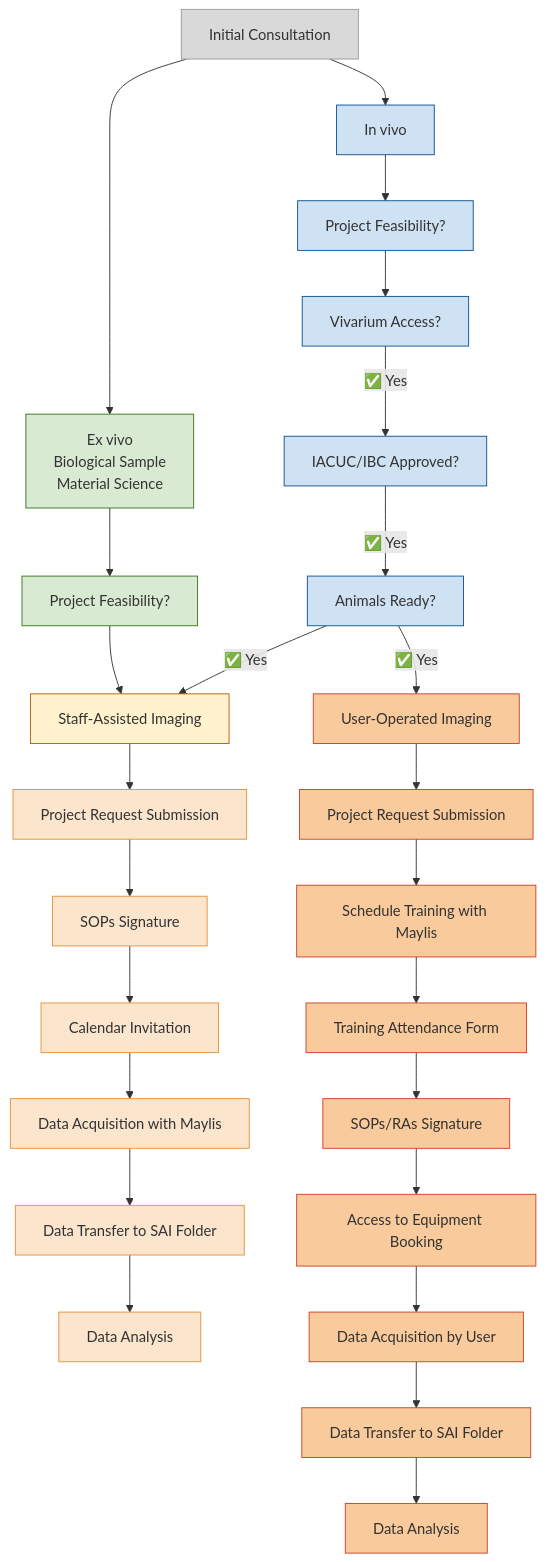
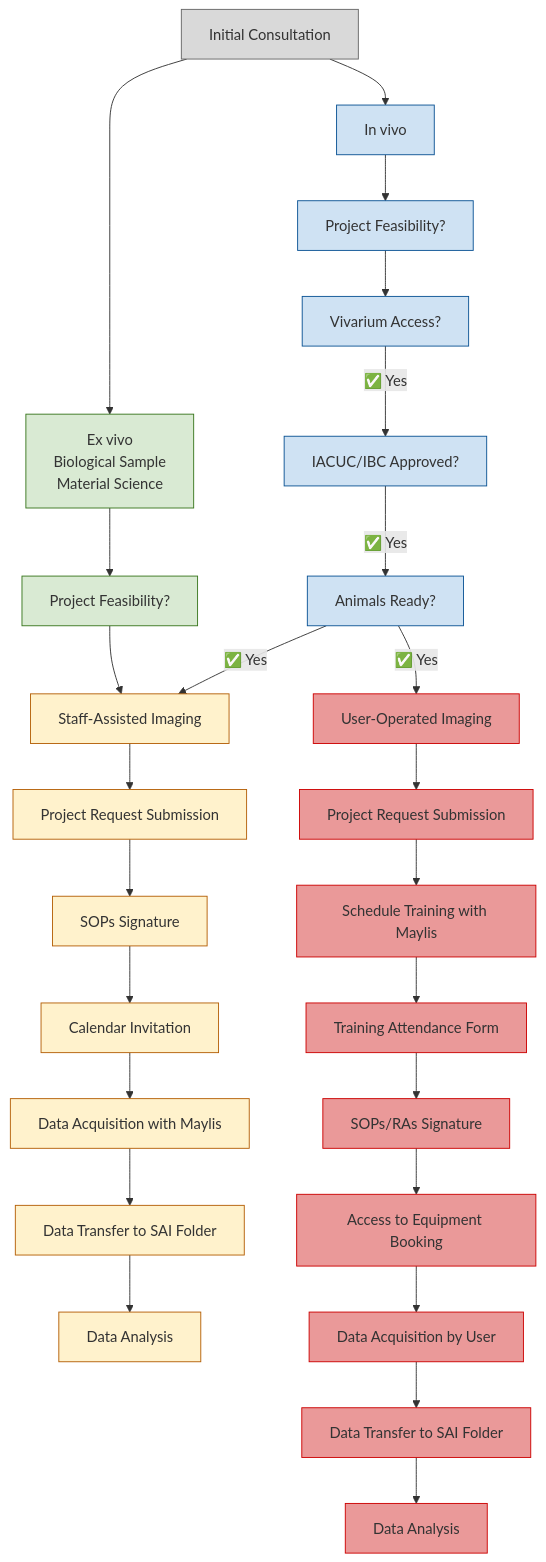
One commit to BioMedicalImaging-Core-NYUAD/smallanimalimaging-lab-documentation changed the diagram in docs/source/1-lab-overview/SAI_scheduling.rst. Above: the diagram before and after it, drawn with Mermaid.

```diff
--- a/docs/source/1-lab-overview/SAI_scheduling.rst
+++ b/docs/source/1-lab-overview/SAI_scheduling.rst
@@ -8,69 +8,68 @@
 .. mermaid::
 
     graph TD
 
     %% Styles
-    classDef header fill:#d9d9d9,stroke:#999999,stroke-width:1px;      %% grey for Initial Consultation
     classDef exvivo fill:#d9ead3,stroke:#38761d,stroke-width:1px;
     classDef invivo fill:#cfe2f3,stroke:#0b5394,stroke-width:1px;
-    classDef user fill:#f9cb9c,stroke:#cc4125,stroke-width:1px;
-    classDef staff fill:#fce5cd,stroke:#e69138,stroke-width:1px;
-    classDef imaging fill:#fff2cc,stroke:#b45f06,stroke-width:1px;     %% yellow for Staff-Assisted Imaging
+    classDef user fill:#ea9999,stroke:#cc0000,stroke-width:1px;     %% red for user-operated
+    classDef staff fill:#fff2cc,stroke:#b45f06,stroke-width:1px;     %% yellow for staff
+    classDef consult fill:#d9d9d9,stroke:#666,stroke-width:1px;      %% grey for consultation
 
     %% Nodes
-    A["Initial Consultation"]:::header
+    A["Initial Consultation"]:::consult
 
     %% Group 1: Ex vivo path
     B["Ex vivo<br>Biological Sample<br>Material Science"]:::exvivo
     D1["Project Feasibility?"]:::exvivo
 
     %% Group 2: In vivo path
     C["In vivo"]:::invivo
     L1["Project Feasibility?"]:::invivo
     M["Vivarium Access?"]:::invivo
     N["IACUC/IBC Approved?"]:::invivo
     O["Animals Ready?"]:::invivo
 
     %% Group 3: Staff-handled
-    E["Staff-Assisted Imaging"]:::imaging
+    E["Staff-Assisted Imaging"]:::staff
     F["Project Request Submission"]:::staff
     G["SOPs Signature"]:::staff
     H["Calendar Invitation"]:::staff
     I["Data Acquisition with Maylis"]:::staff
     J["Data Transfer to SAI Folder"]:::staff
     K["Data Analysis"]:::staff
 
     %% Group 4: User-operated
     P["User-Operated Imaging"]:::user
     Q["Project Request Submission"]:::user
     R["Schedule Training with Maylis"]:::user
     S["Training Attendance Form"]:::user
     T["SOPs/RAs Signature"]:::user
     U["Access to Equipment Booking"]:::user
     V["Data Acquisition by User"]:::user
     W["Data Transfer to SAI Folder"]:::user
     X["Data Analysis"]:::user
 
     %% Flow
     A --> B
     A --> C
 
     %% Ex vivo flow
     B --> D1 --> E
     E --> F --> G --> H --> I --> J --> K
 
     %% In vivo flow
     C --> L1 --> M
     M --✅ Yes --> N
     N --✅ Yes --> O
     O --✅ Yes --> E
     O --✅ Yes --> P
 
     %% User-operated flow
     P --> Q --> R --> S --> T --> U --> V --> W --> X
 
     %% Clickable Nodes
     click A "mailto:maylis.boitet@nyu.edu"
     click Q "https://forms.gle/d3xRyphopVUj6PwW6"
     click S "https://docs.google.com/forms/d/e/1FAIpQLScLW1MOvo-9aAwX2_04FcyLGPR9xtDso9hu9SEixUy2VzuAiw/viewform"
     click U "https://corelabs.abudhabi.nyu.edu/"
```
